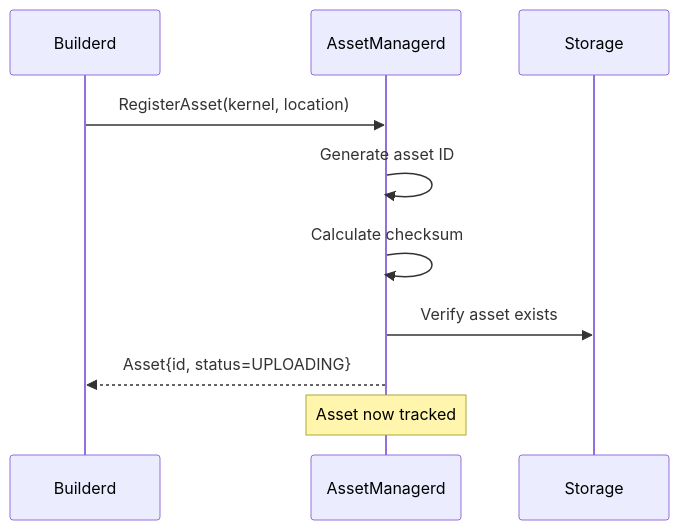
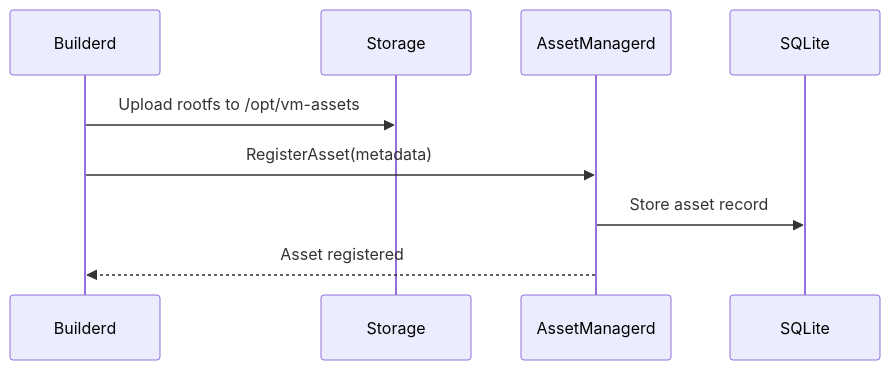
The second of 6 diagrams in go/deploy/assetmanagerd/docs/architecture/README.md (unkeyed/unkey), drawn with Mermaid before and after one commit. The commit also changed other lines of this file and 14 other files, not shown here.

````diff
--- a/go/deploy/assetmanagerd/docs/architecture/README.md
+++ b/go/deploy/assetmanagerd/docs/architecture/README.md
@@ -40,13 +204,7 @@
-```mermaid
-sequenceDiagram
-    participant B as Builderd
-    participant A as AssetManagerd
-    participant S as Storage
-    
-    B->>A: RegisterAsset(kernel, location)
-    A->>A: Generate asset ID
-    A->>A: Calculate checksum
-    A->>S: Verify asset exists
-    A-->>B: Asset{id, status=UPLOADING}
-    Note over A: Asset now tracked
-```
+   ```mermaid
+   sequenceDiagram
+       Builderd->>Storage: Upload rootfs to /opt/vm-assets
+       Builderd->>AssetManagerd: RegisterAsset(metadata)
+       AssetManagerd->>SQLite: Store asset record
+       AssetManagerd-->>Builderd: Asset registered
+   ```
````
